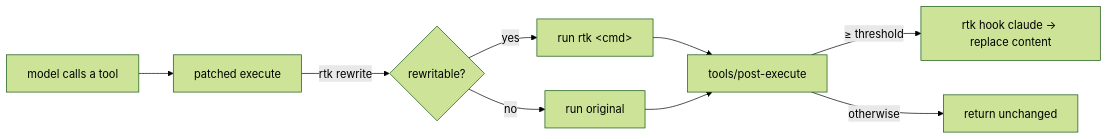
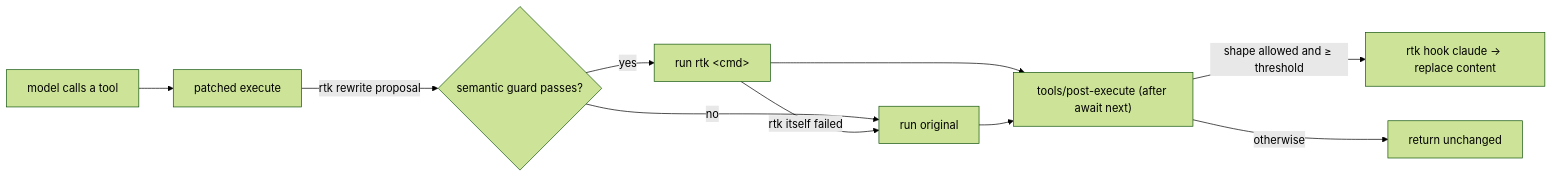
One commit to YunaAloft/dsh-rtk-workbench changed the diagram in README.en.md. Above: the diagram before and after it, drawn with Mermaid (forest theme). The commit also changed other lines of this file and 15 other files, not shown here.

````diff
--- a/README.en.md
+++ b/README.en.md
@@ -57,11 +70,12 @@
 ```mermaid
 flowchart LR
   M["model calls a tool"] --> X["patched execute"]
-  X -->|rtk rewrite| R{"rewritable?"}
+  X -->|"rtk rewrite proposal"| R{"semantic guard passes?"}
   R -->|yes| E1["run rtk &lt;cmd&gt;"]
   R -->|no| E2["run original"]
-  E1 --> C["tools/post-execute"]
+  E1 -->|"rtk itself failed"| E2
+  E1 --> C["tools/post-execute (after await next)"]
   E2 --> C
-  C -->|≥ threshold| H["rtk hook claude → replace content"]
-  C -->|otherwise| I[return unchanged]
+  C -->|"shape allowed and ≥ threshold"| H["rtk hook claude → replace content"]
+  C -->|otherwise| I["return unchanged"]
 ```
````
